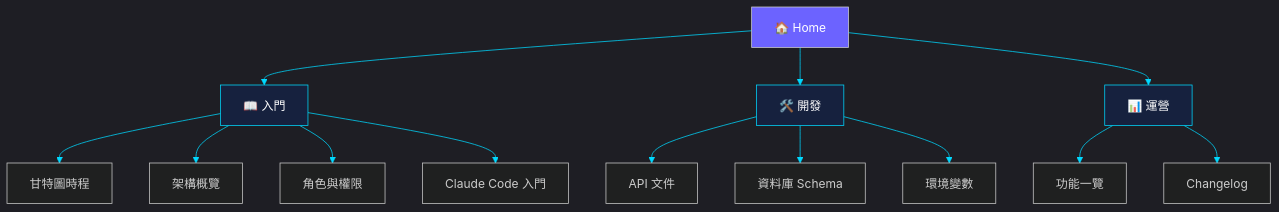
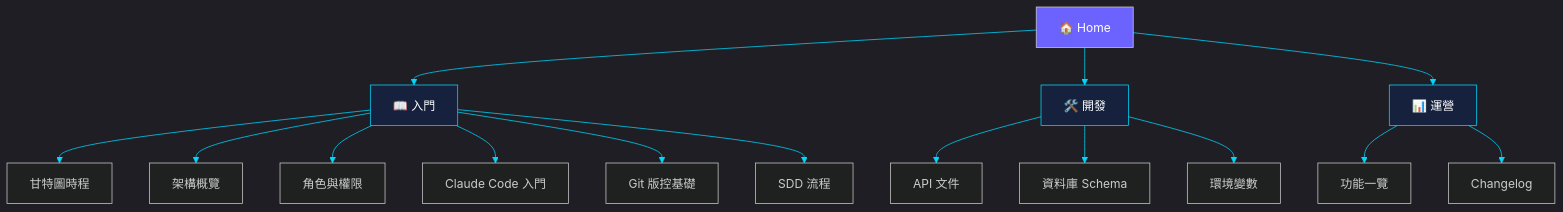
One commit to cyclone-tw/cyclone-workflow changed the diagram in wiki/Home.md. Above: the diagram before and after it, drawn with Mermaid. The commit also changed other lines of this file, not shown here.

Commit message:
fix(wiki): correct anchor links for Git/SDD sections in Home.md
Anchor was pointing to #第七步 but Git section is actually 第六步.

````diff
--- a/wiki/Home.md
+++ b/wiki/Home.md
@@ -5,24 +5,26 @@
 ```mermaid
 %%{init: {'theme': 'dark', 'themeVariables': { 'primaryColor': '#6C63FF', 'primaryTextColor': '#fff', 'primaryBorderColor': '#6C63FF', 'lineColor': '#00D9FF', 'secondaryColor': '#16213e', 'tertiaryColor': '#1a1a2e' }}}%%
 graph TD
     Home["🏠 Home"] --> Intro["📖 入門"]
     Home --> Dev["🛠️ 開發"]
     Home --> Ops["📊 運營"]
 
     Intro --> Gantt["甘特圖時程"]
     Intro --> Architecture["架構概覽"]
     Intro --> Roles["角色與權限"]
     Intro --> Claude101["Claude Code 入門"]
+    Intro --> Git["Git 版控基礎"]
+    Intro --> SDD["SDD 流程"]
 
     Dev --> API["API 文件"]
     Dev --> Database["資料庫 Schema"]
     Dev --> Environment["環境變數"]
 
     Ops --> Features["功能一覽"]
     Ops --> Changelog["Changelog"]
 
     style Home fill:#6C63FF,color:#fff
     style Intro fill:#16213e,stroke:#00D9FF,color:#fff
     style Dev fill:#16213e,stroke:#00D9FF,color:#fff
     style Ops fill:#16213e,stroke:#00D9FF,color:#fff
 ```
````
